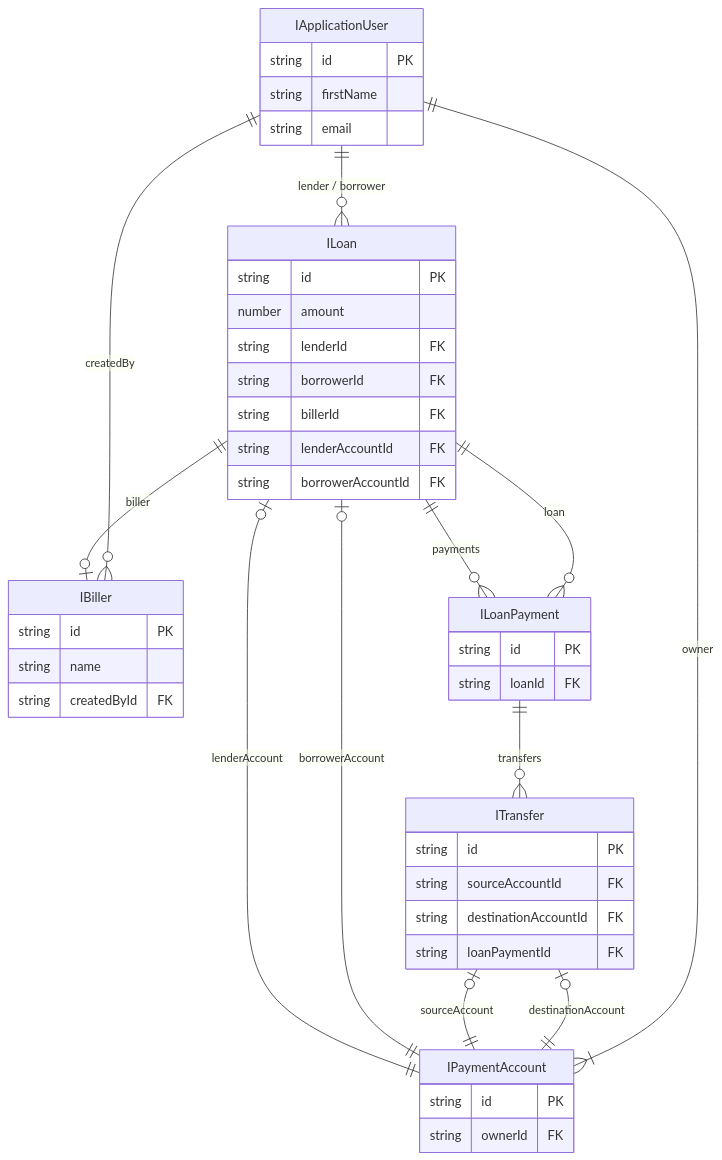
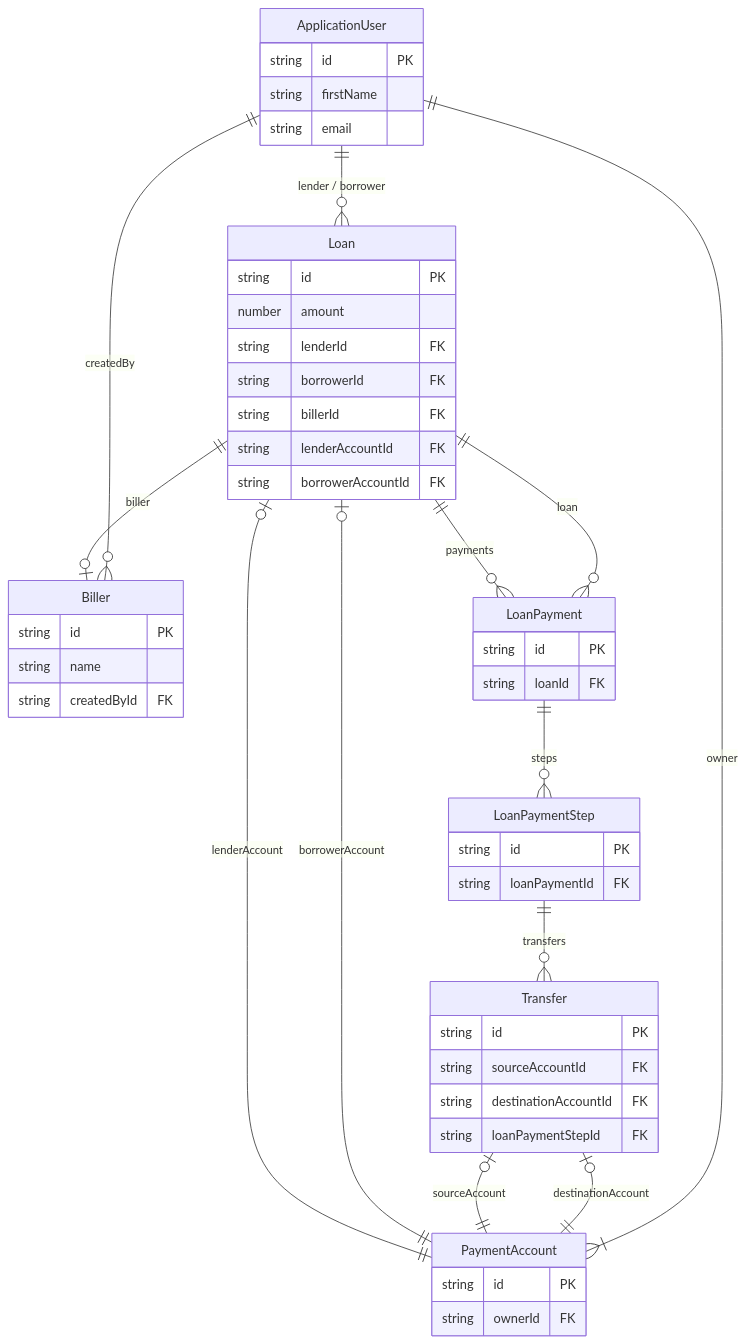
Before and after one commit to jangot/archipelago-rules: the first of 14 diagrams in docs/loan-domain.md, drawn with Mermaid. The commit also changed other lines of this file and 2 other files, not shown here.

````diff
--- a/docs/loan-domain.md
+++ b/docs/loan-domain.md
@@ -19,55 +20,60 @@
 ```mermaid
 ---
 config:
   class:
     hideEmptyMembersBox: true
     theme: base
 ---
 erDiagram
-    IApplicationUser ||--o{ ILoan : "lender / borrower"
-    ILoan ||--o| IBiller : "biller"
-    IApplicationUser ||--o{ IBiller : "createdBy"
-    ILoan ||--o{ ILoanPayment : "payments"
-    ILoanPayment ||--o{ ITransfer : "transfers"
-    ILoanPayment }o--|| ILoan : "loan"
-    ILoan o|--|| IPaymentAccount : "lenderAccount"
-    ILoan o|--|| IPaymentAccount : "borrowerAccount"
-    ITransfer o|--|| IPaymentAccount : "sourceAccount"
-    ITransfer o|--|| IPaymentAccount : "destinationAccount"
-    IPaymentAccount }|--|| IApplicationUser : "owner"
+    ApplicationUser ||--o{ Loan : "lender / borrower"
+    Loan ||--o| Biller : "biller"
+    ApplicationUser ||--o{ Biller : "createdBy"
+    Loan ||--o{ LoanPayment : "payments"
+    LoanPayment ||--o{ LoanPaymentStep : "steps"
+    LoanPaymentStep ||--o{ Transfer : "transfers"
+    LoanPayment }o--|| Loan : "loan"
+    Loan o|--|| PaymentAccount : "lenderAccount"
+    Loan o|--|| PaymentAccount : "borrowerAccount"
+    Transfer o|--|| PaymentAccount : "sourceAccount"
+    Transfer o|--|| PaymentAccount : "destinationAccount"
+    PaymentAccount }|--|| ApplicationUser : "owner"
 
     %% Entity attributes (optional)
-    IApplicationUser {
+    ApplicationUser {
       string id PK
       string firstName
       string email
     }
-    ILoan {
+    Loan {
       string id PK
       number amount
       string lenderId FK
       string borrowerId FK
       string billerId FK
       string lenderAccountId FK
       string borrowerAccountId FK
     }
-    IBiller {
+    Biller {
       string id PK
       string name
       string createdById FK
     }
-    ILoanPayment {
+    LoanPayment {
       string id PK
       string loanId FK
     }
-    ITransfer {
+    LoanPaymentStep {
+      string id PK
+      string loanPaymentId FK
+    }
+    Transfer {
       string id PK
       string sourceAccountId FK
       string destinationAccountId FK
-      string loanPaymentId FK
+      string loanPaymentStepId FK
     }
-    IPaymentAccount {
+    PaymentAccount {
       string id PK
       string ownerId FK
     }
 ```
````
